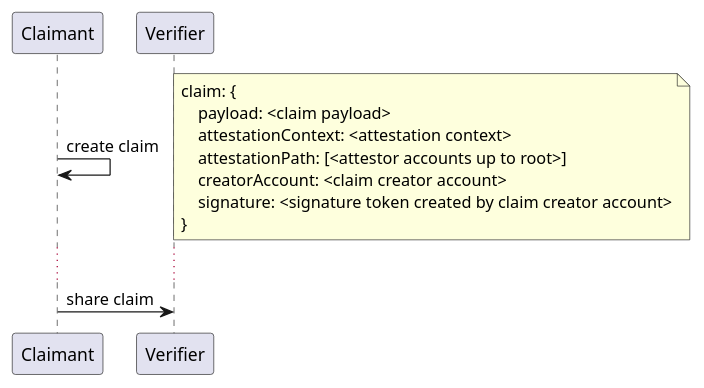
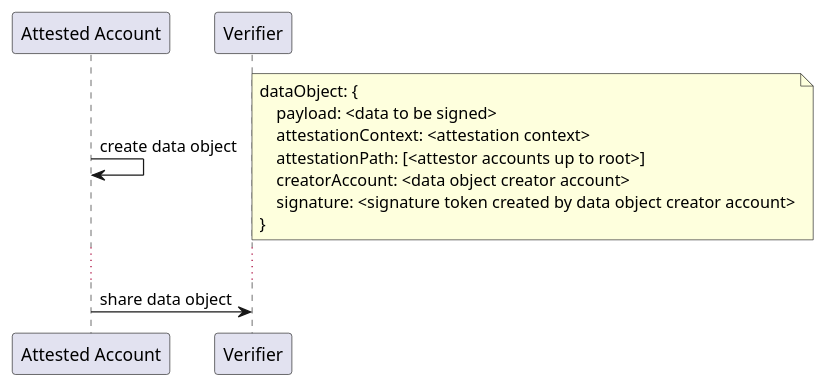
One commit to masterbtc/documentation-1 changed the diagram in docs/plantUml/src/attestation-protocol/claim-creation-workflow.puml. Above: the diagram before and after it, drawn with PlantUML. The commit also changed 8 other files, not shown here.

Commit message:
changed wording to attested account and data object

```diff
--- a/docs/plantUml/src/attestation-protocol/claim-creation-workflow.puml
+++ b/docs/plantUml/src/attestation-protocol/claim-creation-workflow.puml
@@ -1,23 +1,23 @@
 @startuml
 
 
-participant "Claimant" as CLAI
+participant "Attested Account" as ATTE
 participant "Verifier" as VERI
 
 
-CLAI -> CLAI: create claim
+ATTE -> ATTE: create data object
 note right
-    claim: {
-        payload: <claim payload>
+    dataObject: {
+        payload: <data to be signed>
         attestationContext: <attestation context>
         attestationPath: [<attestor accounts up to root>]
-        creatorAccount: <claim creator account>
-        signature: <signature token created by claim creator account>
+        creatorAccount: <data object creator account>
+        signature: <signature token created by data object creator account>
     }
 end note
 
 
 ...
-CLAI -> VERI: share claim
+ATTE -> VERI: share data object
 
 @enduml
```
